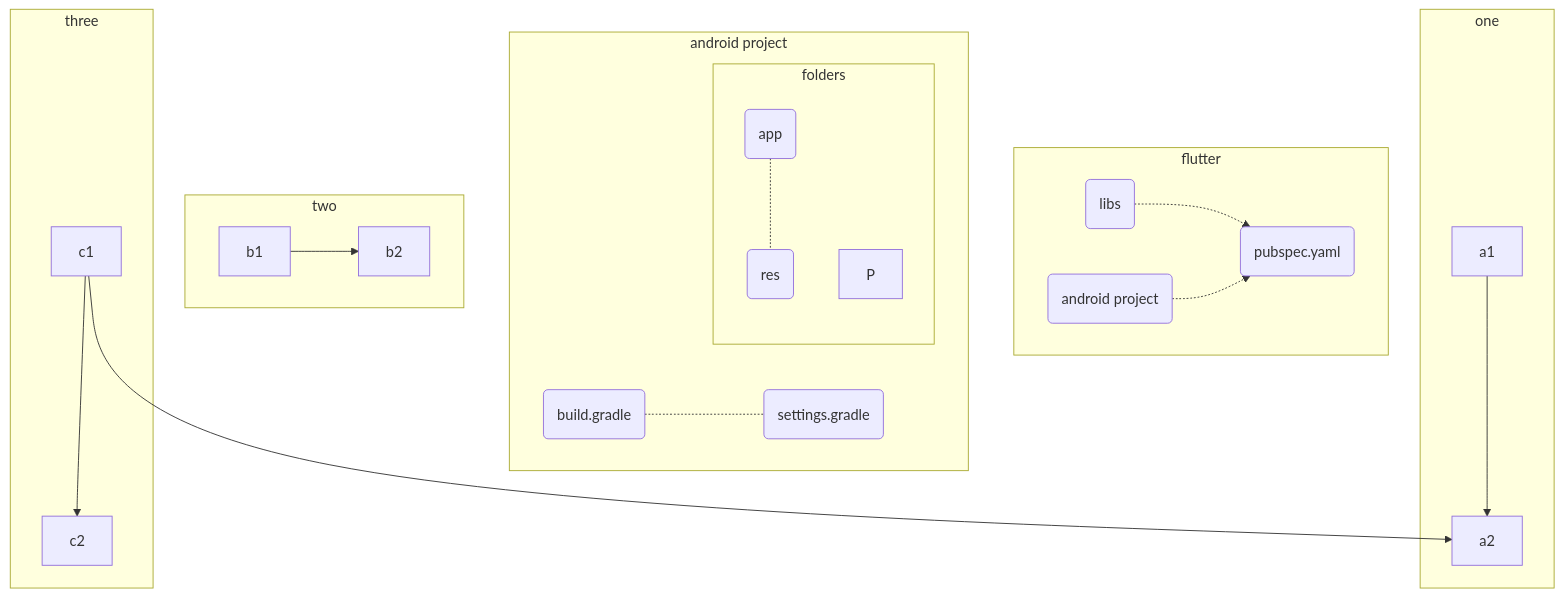
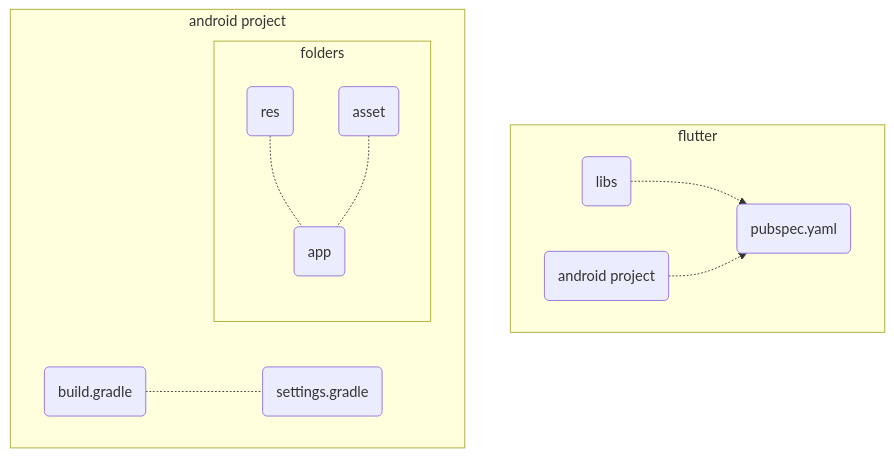
The second of 2 diagrams in flutter/addAndroidProjIntoFlutter.md (gordianknotC/nxp_note), drawn with Mermaid before and after one commit. The commit also changed other lines of this file, not shown here.

Commit message:
flutter/addAndroidProjIntoFlutter.md updated from https://stackedit.io/

````diff
--- a/flutter/addAndroidProjIntoFlutter.md
+++ b/flutter/addAndroidProjIntoFlutter.md
@@ -225,26 +225,17 @@
 ```mermaid
 graph TB
 	subgraph flutter
 		FL(libs) -.-> FP(pubspec.yaml)
 		FA(android project) -.-> FP
 	end
 	subgraph android project
 		AB(build.gradle) -.- AS(settings.gradle)
 		
 		subgraph folders
-			PA(app) -.- PR(res)
-			P
+			PR(res) -.- PA(app)
+			PS(asset) -.- PA
 		end
 		
 	end
-	c1-->a2
-    subgraph one
-    a1-->a2
-    end
-    subgraph two
-    b1-->b2
-    end
-    subgraph three
-    c1-->c2
-    end
+	 
 ```
````
